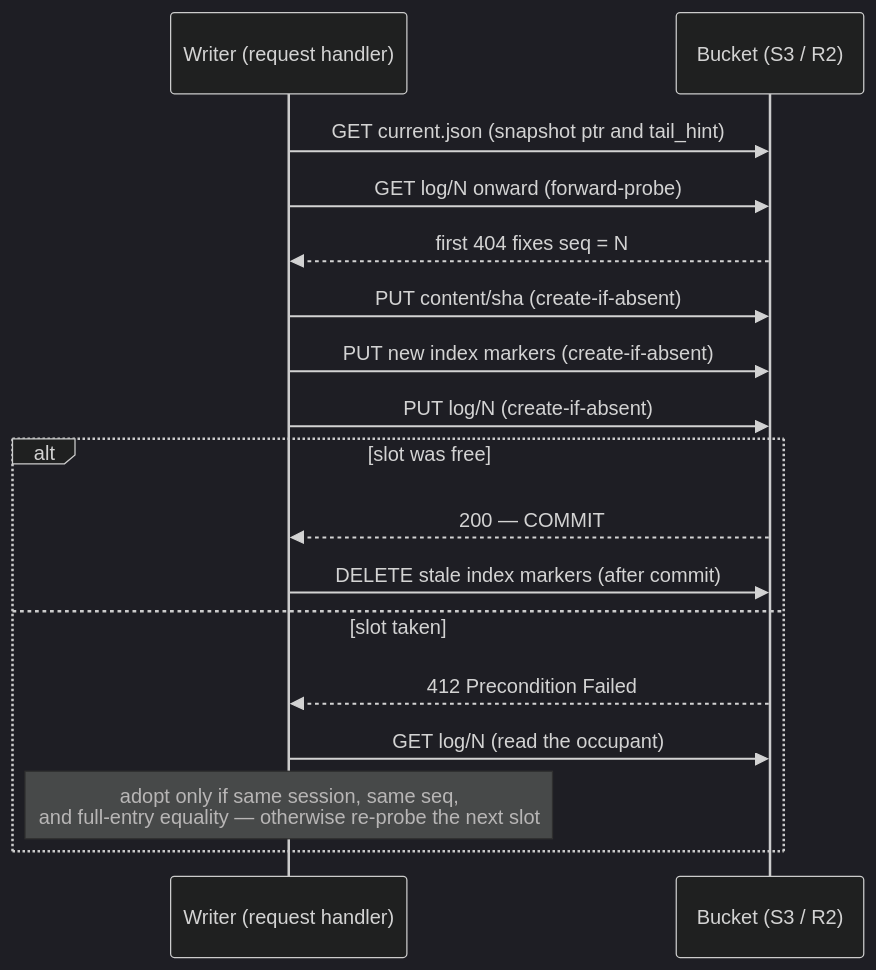
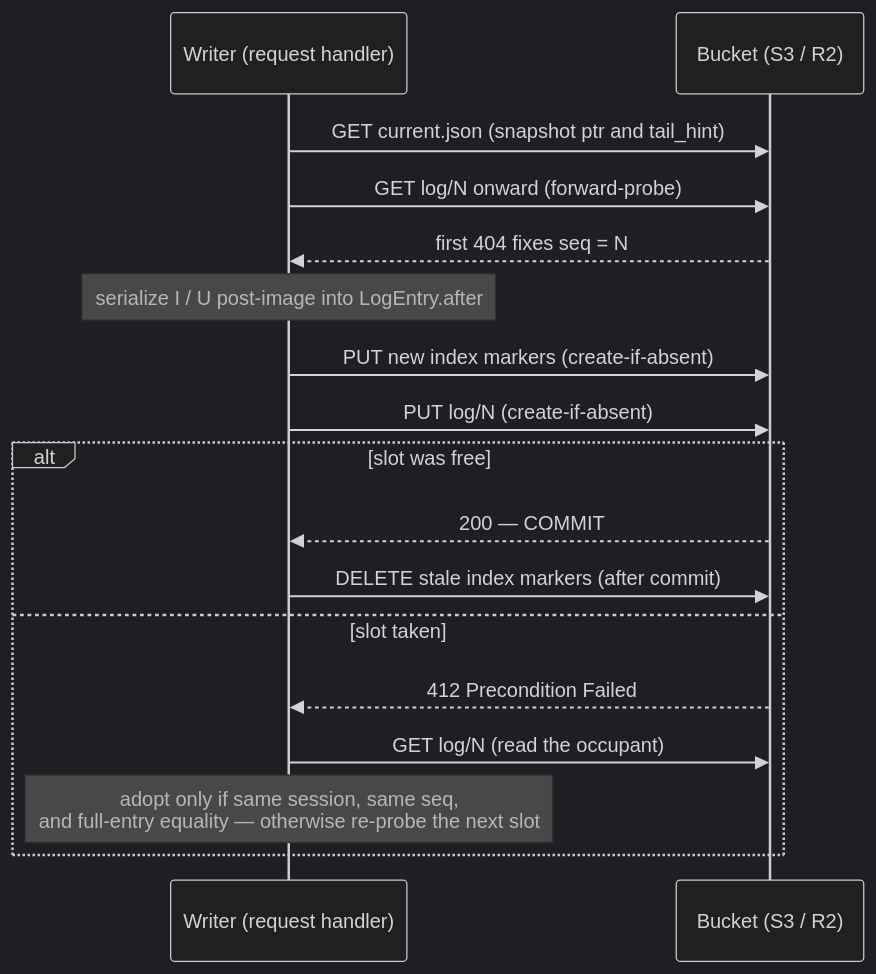
One commit to Gusto/baerly-storage changed the fourth of 4 diagrams in docs/architecture.md. Above: the diagram before and after it, drawn with Mermaid (dark theme). The commit also changed other lines of this file and 56 other files, not shown here.

````diff
--- a/docs/architecture.md
+++ b/docs/architecture.md
@@ -351,20 +352,20 @@
    ```mermaid
    sequenceDiagram
        participant W as Writer (request handler)
        participant B as Bucket (S3 / R2)
 
        W->>B: GET current.json (snapshot ptr and tail_hint)
        W->>B: GET log/N onward (forward-probe)
        B-->>W: first 404 fixes seq = N
-       W->>B: PUT content/sha (create-if-absent)
+       Note over W: serialize I / U post-image into LogEntry.after
        W->>B: PUT new index markers (create-if-absent)
        W->>B: PUT log/N (create-if-absent)
        alt slot was free
            B-->>W: 200 — COMMIT
            W->>B: DELETE stale index markers (after commit)
        else slot taken
            B-->>W: 412 Precondition Failed
            W->>B: GET log/N (read the occupant)
            Note over W: adopt only if same session, same seq,<br/>and full-entry equality — otherwise re-probe the next slot
        end
    ```
````
